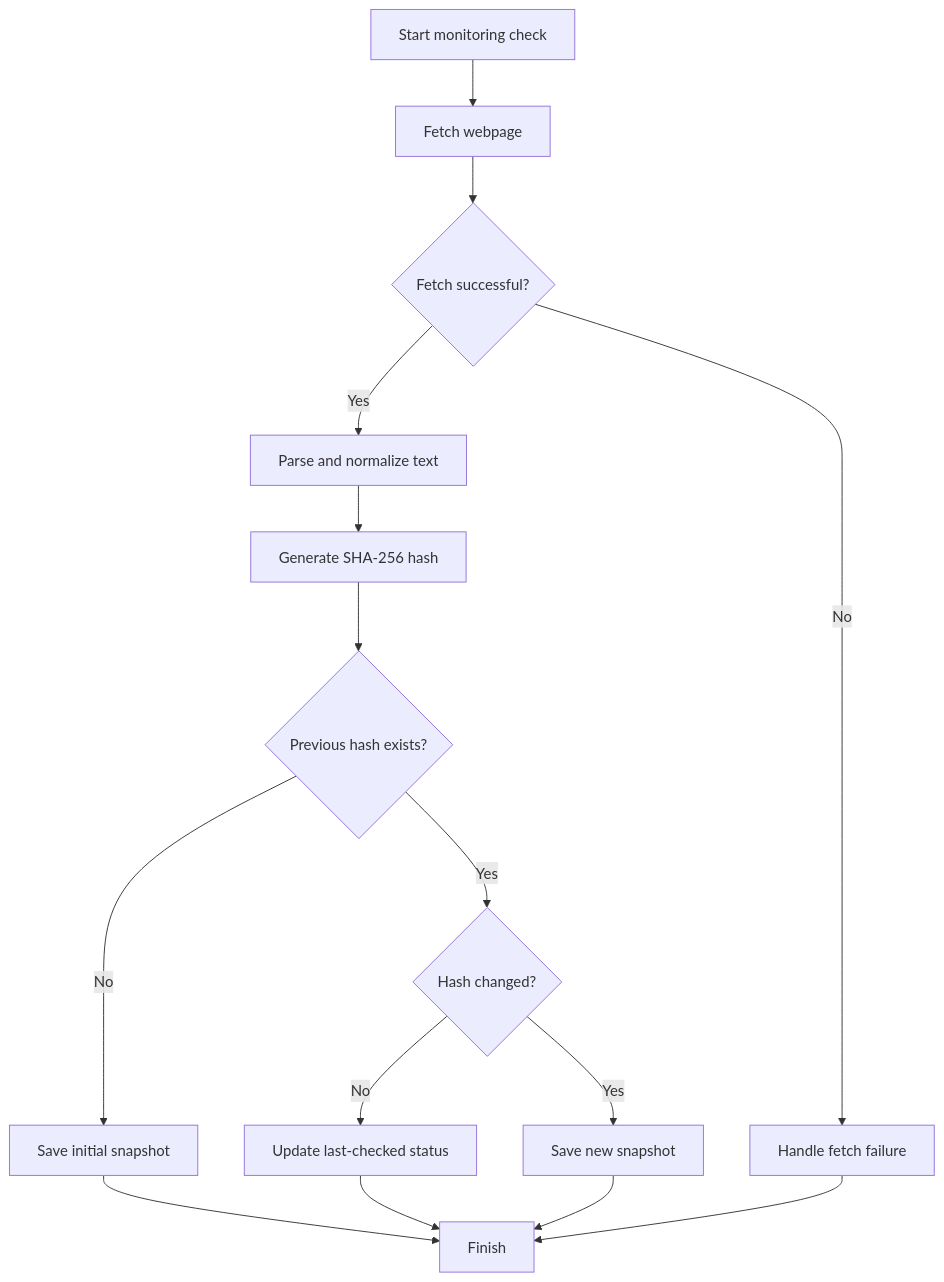
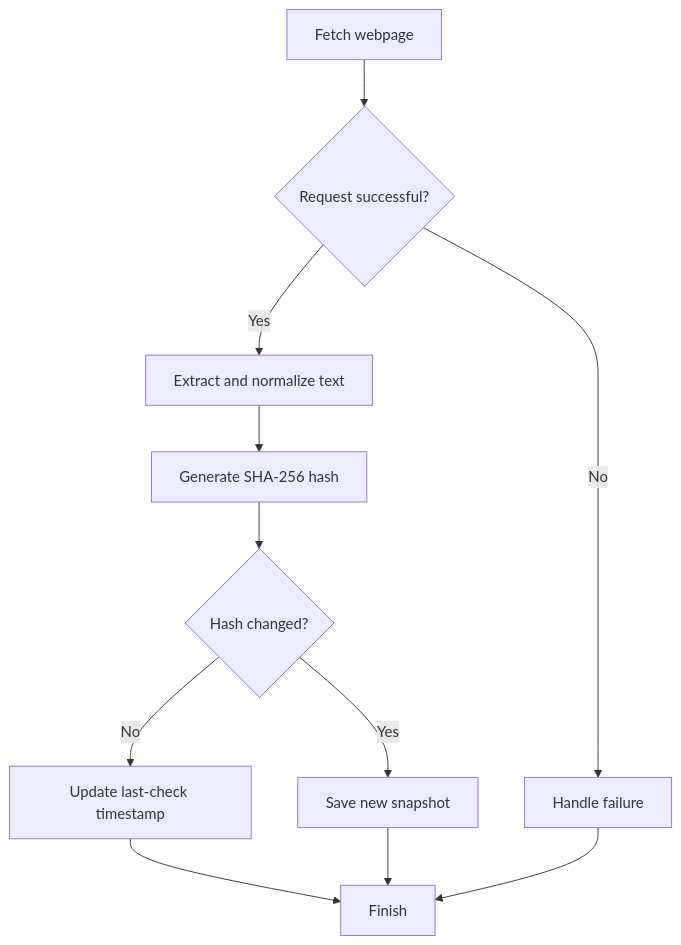
The third of 7 diagrams in README.md (maZen04/trackly), drawn with Mermaid before and after one commit. The commit also changed other lines of this file, not shown here.

````diff
--- a/README.md
+++ b/README.md
@@ -102,22 +104,13 @@
 ```mermaid
 flowchart TD
-    A[Start monitoring check] --> B[Fetch webpage]
-    B --> C{Fetch successful?}
-
-    C -->|No| D[Handle fetch failure]
-    C -->|Yes| E[Parse and normalize text]
-
-    E --> F[Generate SHA-256 hash]
-    F --> G{Previous hash exists?}
-
-    G -->|No| H[Save initial snapshot]
-    G -->|Yes| I{Hash changed?}
-
-    I -->|No| J[Update last-checked status]
-    I -->|Yes| K[Save new snapshot]
-
-    H --> L[Finish]
-    J --> L
-    K --> L
-    D --> L
+    A["Fetch webpage"] --> B{"Request successful?"}
+    B -->|No| X["Handle failure"]
+    B -->|Yes| C["Extract and normalize text"]
+    C --> D["Generate SHA-256 hash"]
+    D --> E{"Hash changed?"}
+    E -->|No| F["Update last-check timestamp"]
+    E -->|Yes| G["Save new snapshot"]
+    F --> H["Finish"]
+    G --> H
+    X --> H
 ```
````
